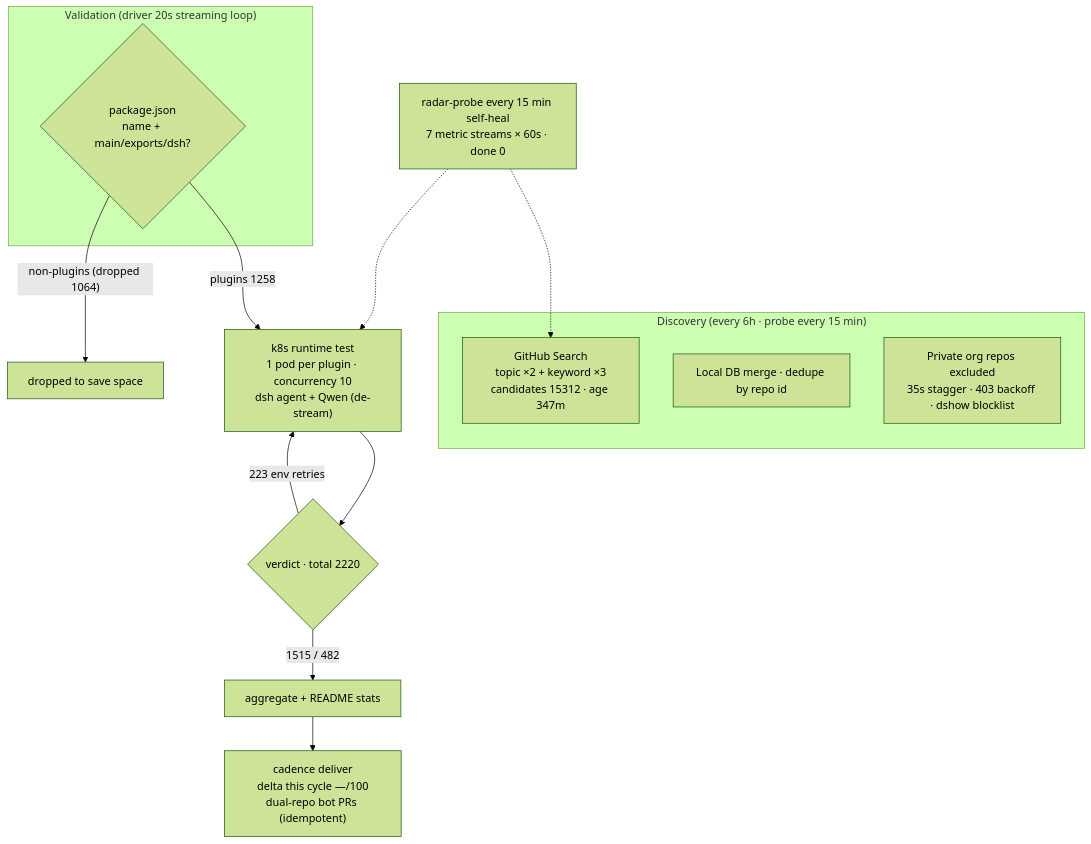
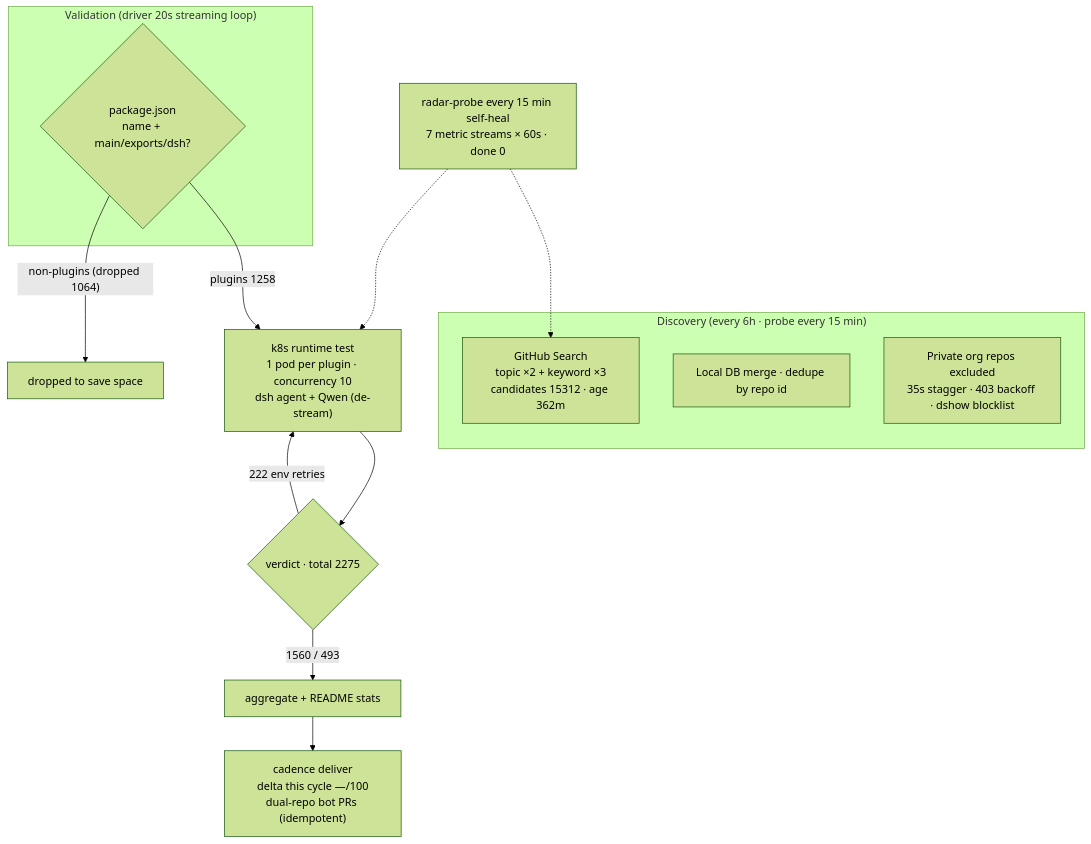
One commit to AdamPlatin123/awesome-dsh-plugins changed the diagram in README.en-US.md. Above: the diagram before and after it, drawn with Mermaid (forest theme). The commit also changed other lines of this file and 5 other files, not shown here.

````diff
--- a/README.en-US.md
+++ b/README.en-US.md
@@ -30,20 +30,20 @@
 ```mermaid
 flowchart TB
     subgraph Discovery["Discovery (every 6h · probe every 15 min)"]
-        A1["GitHub Search<br/>topic ×2 + keyword ×3<br/>candidates 15312 · age 347m"]
+        A1["GitHub Search<br/>topic ×2 + keyword ×3<br/>candidates 15312 · age 362m"]
         A2["Local DB merge · dedupe by repo id"]
         A3["Private org repos excluded<br/>35s stagger · 403 backoff · dshow blocklist"]
     end
     subgraph Validation["Validation (driver 20s streaming loop)"]
         B1{"package.json<br/>name + main/exports/dsh?"}
     end
     B1 -->|"plugins 1258"| C1["k8s runtime test<br/>1 pod per plugin · concurrency 10<br/>dsh agent + Qwen (de-stream)"]
     B1 -->|"non-plugins (dropped 1064)"| B3["dropped to save space"]
-    C1 --> D1{"verdict · total 2220"}
-    D1 -->|"1515 / 482"| E1["aggregate + README stats"]
-    D1 -->|"223 env retries"| C1
+    C1 --> D1{"verdict · total 2275"}
+    D1 -->|"1560 / 493"| E1["aggregate + README stats"]
+    D1 -->|"222 env retries"| C1
     E1 --> E2["cadence deliver<br/>delta this cycle —/100<br/>dual-repo bot PRs (idempotent)"]
     M["radar-probe every 15 min self-heal<br/>7 metric streams × 60s · done 0"]
     M -.-> A1
     M -.-> C1
 ```
````
